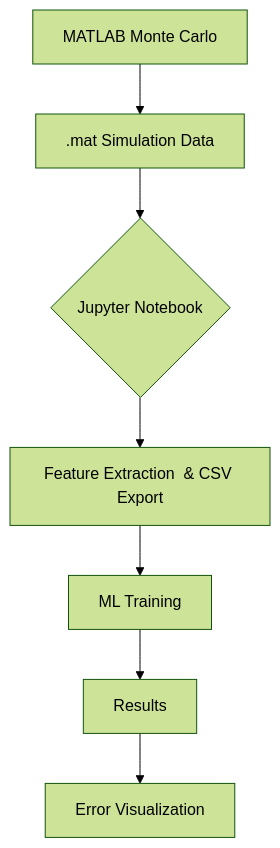
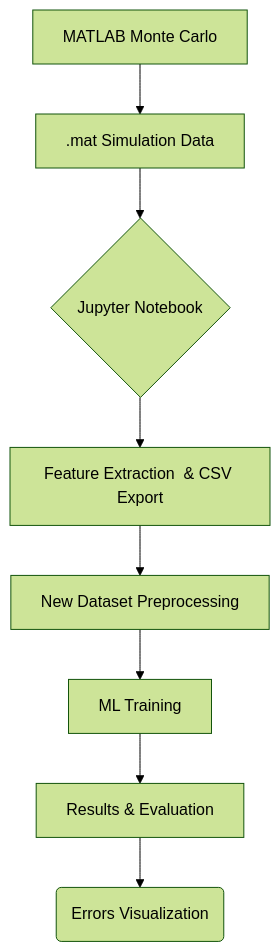
Before and after one commit to ThemisProkos/Power-System-Inertia-Estimation-Using-Machine-Learning-Techniques-: the diagram in README.md, drawn with Mermaid (forest theme).

````diff
--- a/README.md
+++ b/README.md
@@ -270,9 +270,10 @@
   ```mermaid
   graph TD
       A[MATLAB Monte Carlo] --> B[.mat Simulation Data]
       B --> C{Jupyter Notebook}
       C --> D[Feature Extraction  & CSV Export]
-      D --> E[ML Training]
-      E --> F[Results]
-      F --> G[Error Visualization]
+      D --> E[New Dataset Preprocessing]
+      E --> F[ML Training]
+      F --> G[Results & Evaluation]
+      G --> H(Errors Visualization)
   ```
````
